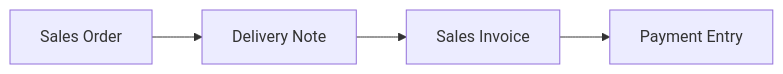
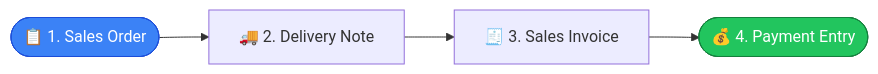
One commit to RimbunCode/erp_pataya changed the first of 3 diagrams in docs/tutorials/03-alur-penjualan.md. Above: the diagram before and after it, drawn with Mermaid. The commit also changed other lines of this file and 14 other files, not shown here.

````diff
--- a/docs/tutorials/03-alur-penjualan.md
+++ b/docs/tutorials/03-alur-penjualan.md
@@ -7,4 +5,7 @@
 ```mermaid
 flowchart LR
-    SO[Sales Order] --> DN[Delivery Note] --> SI[Sales Invoice] --> PE[Payment Entry]
+    SO(["📋 1. Sales Order"]) --> DN["🚚 2. Delivery Note"] --> SI["🧾 3. Sales Invoice"] --> PE(["💰 4. Payment Entry"])
+
+    style SO fill:#3b82f6,stroke:#1d4ed8,color:#fff
+    style PE fill:#22c55e,stroke:#15803d,color:#fff
 ```
````
